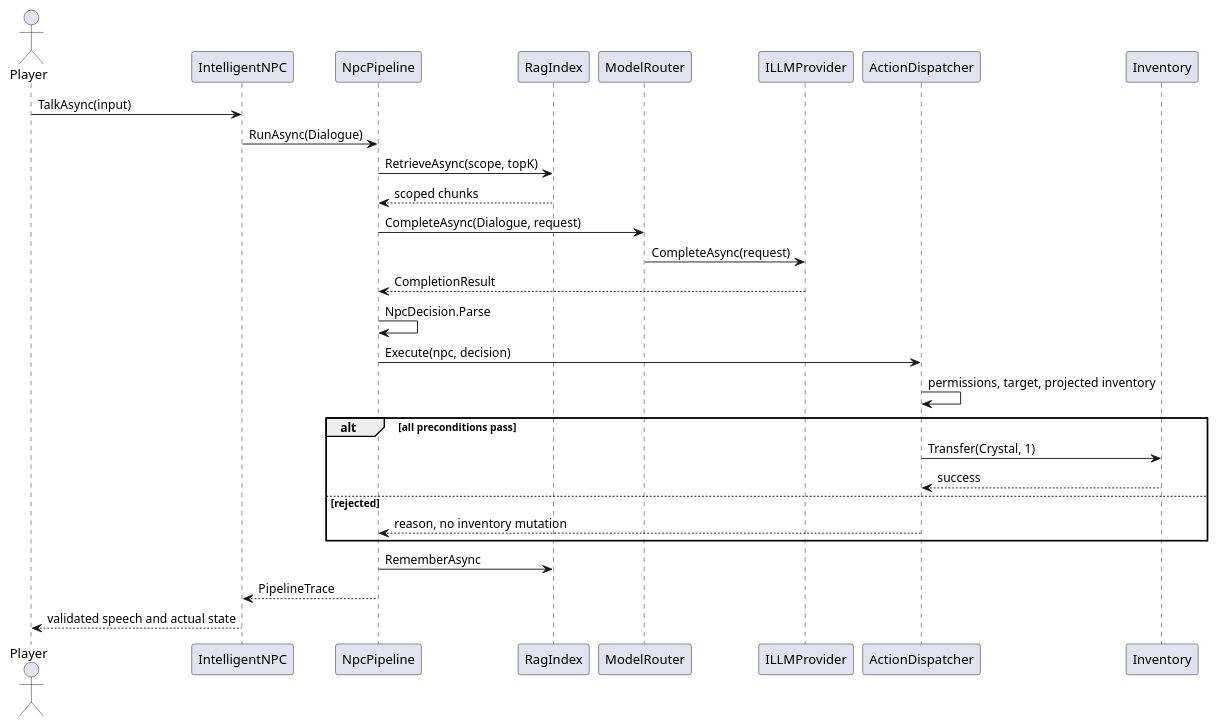
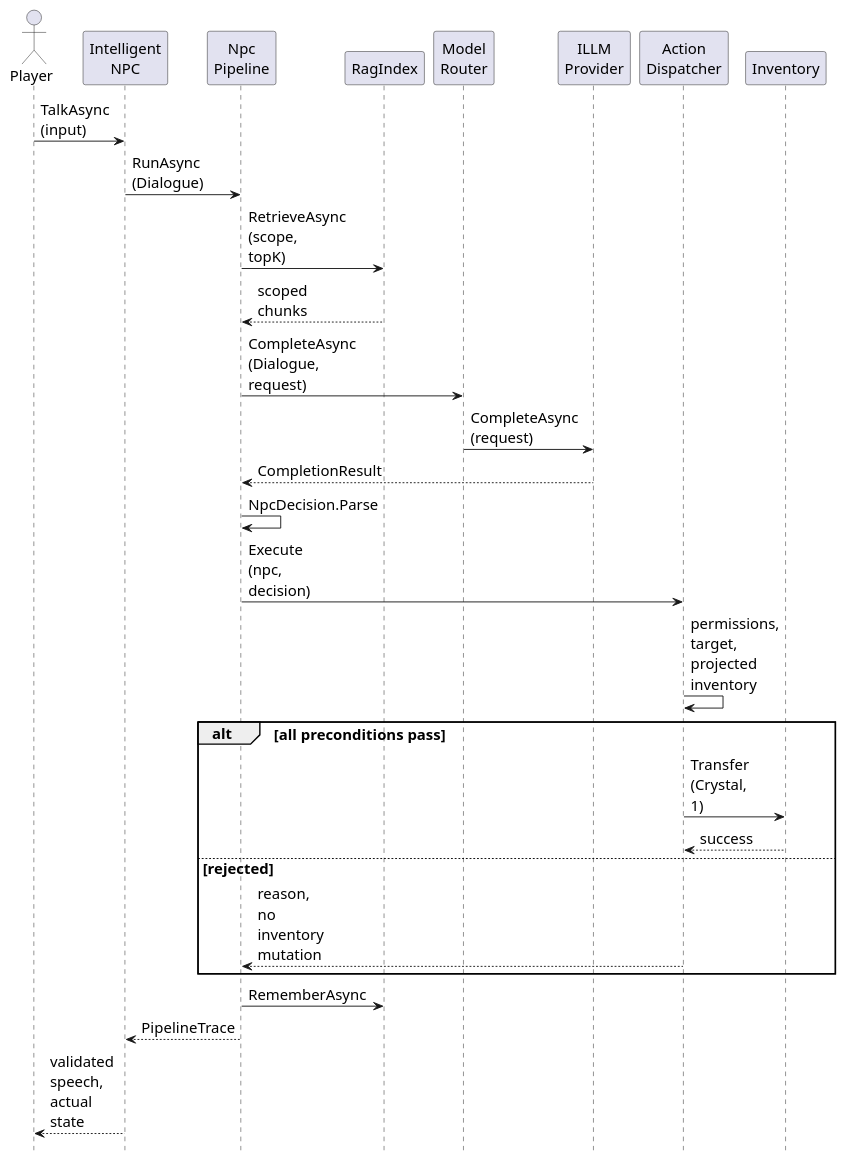
Before and after one commit to saslekawaiii/scenepilot-unity: the diagram in docs/uml/sequence.puml, drawn with PlantUML. The commit also changed 65 other files, not shown here.

```diff
--- a/docs/uml/sequence.puml
+++ b/docs/uml/sequence.puml
@@ -1,31 +1,34 @@
 @startuml
 skinparam defaultFontName Arial
 skinparam shadowing false
+skinparam defaultFontSize 16
+skinparam maxMessageSize 18
+hide footbox
 actor Player
-participant IntelligentNPC as NPC
-participant NpcPipeline as Pipeline
+participant "Intelligent\nNPC" as NPC
+participant "Npc\nPipeline" as Pipeline
 participant RagIndex as RAG
-participant ModelRouter as Router
-participant ILLMProvider as Provider
-participant ActionDispatcher as Actions
+participant "Model\nRouter" as Router
+participant "ILLM\nProvider" as Provider
+participant "Action\nDispatcher" as Actions
 participant Inventory
-Player -> NPC : TalkAsync(input)
-NPC -> Pipeline : RunAsync(Dialogue)
-Pipeline -> RAG : RetrieveAsync(scope, topK)
+Player -> NPC : TalkAsync\n(input)
+NPC -> Pipeline : RunAsync\n(Dialogue)
+Pipeline -> RAG : RetrieveAsync\n(scope, topK)
 RAG --> Pipeline : scoped chunks
-Pipeline -> Router : CompleteAsync(Dialogue, request)
-Router -> Provider : CompleteAsync(request)
+Pipeline -> Router : CompleteAsync\n(Dialogue, request)
+Router -> Provider : CompleteAsync\n(request)
 Provider --> Pipeline : CompletionResult
 Pipeline -> Pipeline : NpcDecision.Parse
-Pipeline -> Actions : Execute(npc, decision)
-Actions -> Actions : permissions, target, projected inventory
+Pipeline -> Actions : Execute\n(npc, decision)
+Actions -> Actions : permissions, target,\nprojected inventory
 alt all preconditions pass
- Actions -> Inventory : Transfer(Crystal, 1)
+ Actions -> Inventory : Transfer\n(Crystal, 1)
  Inventory --> Actions : success
 else rejected
- Actions --> Pipeline : reason, no inventory mutation
+ Actions --> Pipeline : reason,\nno inventory mutation
 end
 Pipeline -> RAG : RememberAsync
 Pipeline --> NPC : PipelineTrace
-NPC --> Player : validated speech and actual state
+NPC --> Player : validated speech,\nactual state
 @enduml
```
